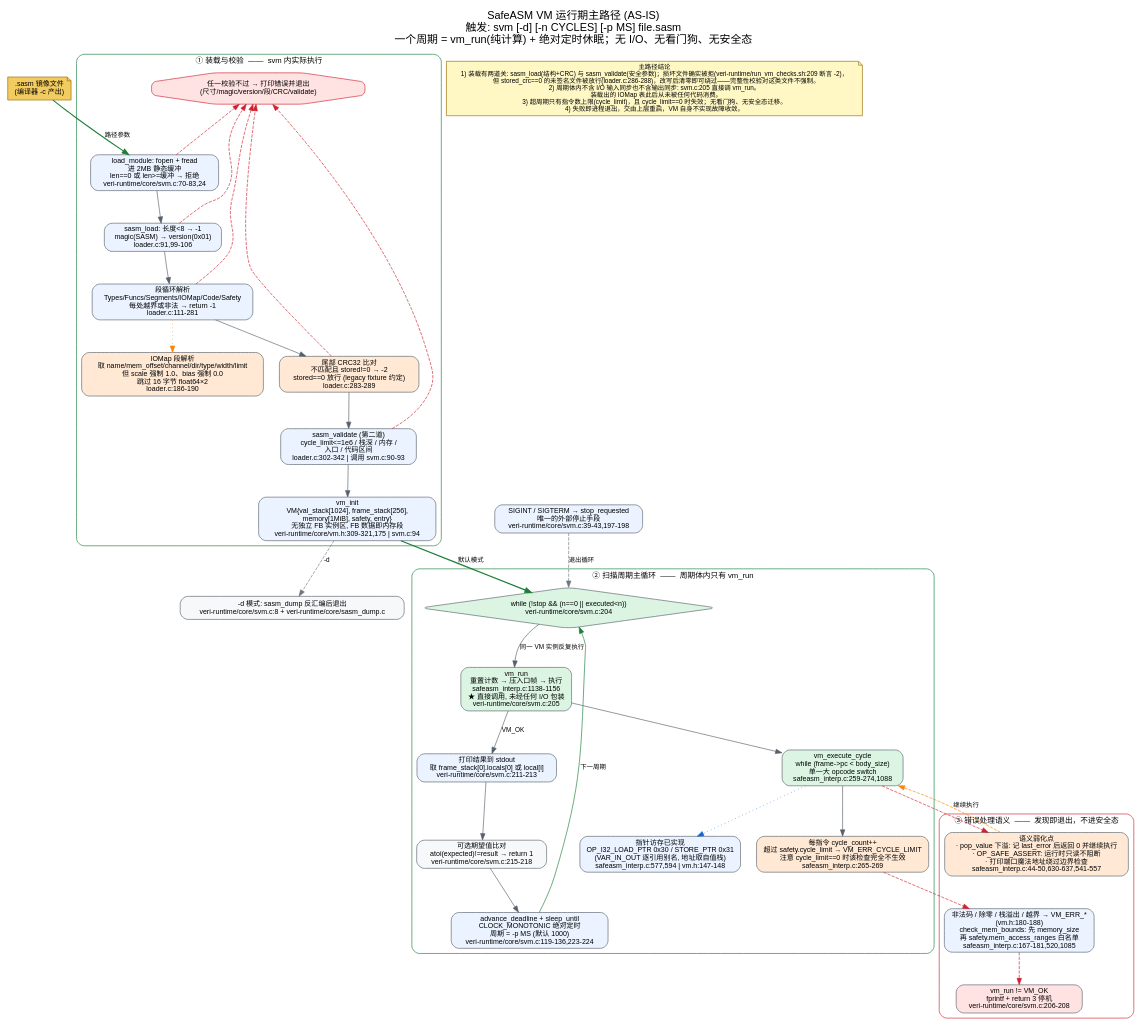
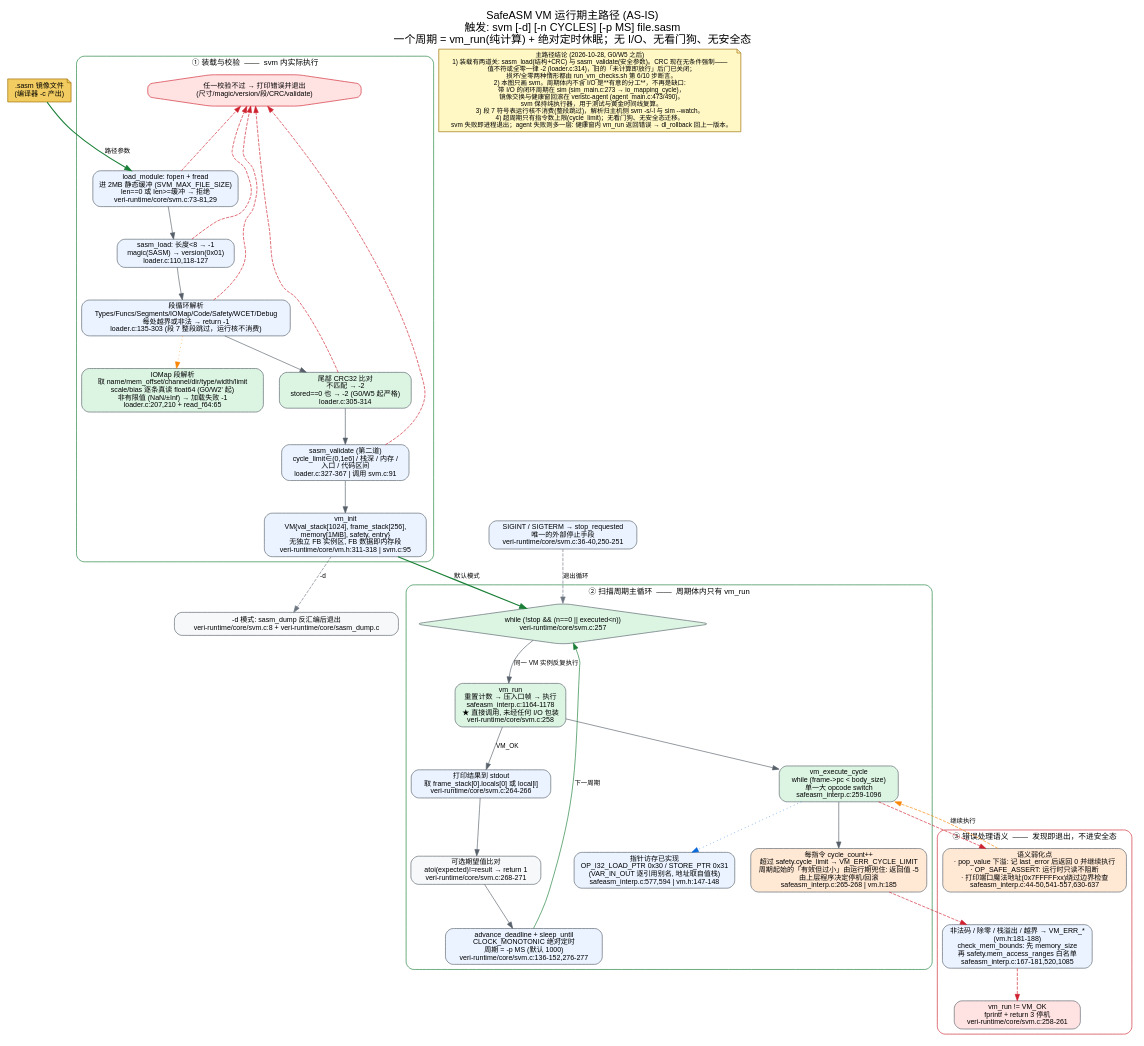
Before and after one commit to Bentusi/veristc: the diagram in docs/architecture/flow-vm-runtime.dot, drawn with Graphviz. The commit also changed 60 other files, not shown here.

```diff
--- a/docs/architecture/flow-vm-runtime.dot
+++ b/docs/architecture/flow-vm-runtime.dot
@@ -1,95 +1,97 @@
 // flow-vm-runtime.dot
 // VeriSTC SafeASM VM 运行期主路径数据流 (当前状态 / AS-IS) —— flow-visualizer + graphviz
 // 本图只回答一个问题: .sasm 进入 svm 后，一个扫描周期里真正执行了什么。
-// "已实现但没有接入运行路径"的能力(I/O 扫描、双机热备、增量下装、RT-Thread 移植)见 flow-vm-unwired.dot。
+// svm 是三个运行站程序之一(另两个: sim 走 I/O 闭环, veristc-agent 走下装切换)；
+// "已实现但没有接入运行路径"的能力(双机热备周期封装、增量补丁、RT-Thread 移植)见 flow-vm-unwired.dot。
 // 证据: veri-runtime/core/svm.c, veri-runtime/core/loader.c, veri-runtime/core/safeasm_interp.c, veri-runtime/core/vm.h
 // 读法: 全部实线 = svm 可执行文件里真正会执行的路径；红色虚线 = 拒绝/终止分支；橙色节点 = 语义弱化点。
 // 重新渲染: dot -Tsvg flow-vm-runtime.dot -o flow-vm-runtime.svg
+// 更新日期 2026-10-28 (Phase 6 G0 / W2'-W5 之后, 行号已重导)
 digraph "veristc_vm_runtime_main" {
     graph [
         rankdir=TB,
         label="SafeASM VM 运行期主路径 (AS-IS)\n触发: svm [-d] [-n CYCLES] [-p MS] file.sasm\n一个周期 = vm_run(纯计算) + 绝对定时休眠；无 I/O、无看门狗、无安全态",
         labelloc=t, fontsize=17, fontname="Helvetica",
         nodesep=0.35, ranksep=0.7, newrank=true, bgcolor="white"
     ];
     node [shape=box, style="rounded,filled", fontsize=11, fontname="Helvetica", fillcolor="#eaf3ff", color="#57606a"];
     edge [fontsize=10, fontname="Helvetica", color="#57606a"];
 
     sasm [shape=note, fillcolor="#f2cc60", color="#9a6b00", label=".sasm 镜像文件\n(编译器 -c 产出)"];
 
     // ================= 1. 装载与校验 =================
     subgraph cluster_load {
         label="① 装载与校验  ——  svm 内实际执行"; style="rounded"; color="#1a7f37"; fontsize=12;
 
-        fopen_fread [label="load_module: fopen + fread\n进 2MB 静态缓冲\nlen==0 或 len>=缓冲 → 拒绝\nveri-runtime/core/svm.c:70-83,24"];
-        magic_ver   [label="sasm_load: 长度<8 → -1\nmagic(SASM) → version(0x01)\nloader.c:91,99-106"];
-        sections    [label="段循环解析\nTypes/Funcs/Segments/IOMap/Code/Safety\n每处越界或非法 → return -1\nloader.c:111-281"];
-        iomap_note  [label="IOMap 段解析\n取 name/mem_offset/channel/dir/type/width/limit\n但 scale 强制 1.0、bias 强制 0.0\n跳过 16 字节 float64×2\nloader.c:186-190",
-                     fillcolor="#ffe9d5"];
-        crc_check   [label="尾部 CRC32 比对\n不匹配且 stored!=0 → -2\nstored==0 放行 (legacy fixture 约定)\nloader.c:283-289",
-                     fillcolor="#ffe9d5"];
-        validate    [label="sasm_validate (第二道)\ncycle_limit<=1e6 / 栈深 / 内存 /\n入口 / 代码区间\nloader.c:302-342 | 调用 svm.c:90-93"];
-        vm_init     [label="vm_init\nVM{val_stack[1024], frame_stack[256],\nmemory[1MiB], safety, entry}\n无独立 FB 实例区, FB 数据即内存段\nveri-runtime/core/vm.h:309-321,175 | svm.c:94"];
+        fopen_fread [label="load_module: fopen + fread\n进 2MB 静态缓冲 (SVM_MAX_FILE_SIZE)\nlen==0 或 len>=缓冲 → 拒绝\nveri-runtime/core/svm.c:73-81,29"];
+        magic_ver   [label="sasm_load: 长度<8 → -1\nmagic(SASM) → version(0x01)\nloader.c:110,118-127"];
+        sections    [label="段循环解析\nTypes/Funcs/Segments/IOMap/Code/Safety/WCET/Debug\n每处越界或非法 → return -1\nloader.c:135-303 (段 7 整段跳过，运行核不消费)"];
+        iomap_note  [label="IOMap 段解析\n取 name/mem_offset/channel/dir/type/width/limit\nscale/bias 逐条真读 float64 (G0/W2' 起)\n非有限值 (NaN/±Inf) → 加载失败 -1\nloader.c:207,210 + read_f64:65",
+                     fillcolor="#dcf5e3"];
+        crc_check   [label="尾部 CRC32 比对\n不匹配 → -2\nstored==0 也 → -2 (G0/W5 起严格)\nloader.c:305-314",
+                     fillcolor="#dcf5e3"];
+        validate    [label="sasm_validate (第二道)\ncycle_limit∈(0,1e6] / 栈深 / 内存 /\n入口 / 代码区间\nloader.c:327-367 | 调用 svm.c:91"];
+        vm_init     [label="vm_init\nVM{val_stack[1024], frame_stack[256],\nmemory[1MiB], safety, entry}\n无独立 FB 实例区, FB 数据即内存段\nveri-runtime/core/vm.h:311-318 | svm.c:95"];
         reject      [shape=octagon, fillcolor="#ffe2e2", color="#cf222e",
                      label="任一校验不过 → 打印错误并退出\n(尺寸/magic/version/段/CRC/validate)"];
 
         fopen_fread -> magic_ver -> sections -> crc_check -> validate -> vm_init;
         sections    -> iomap_note [style=dotted, color="#fb8500"];
         fopen_fread -> reject [style=dashed, color="#cf222e", constraint=false];
         magic_ver   -> reject [style=dashed, color="#cf222e", constraint=false];
         sections    -> reject [style=dashed, color="#cf222e", constraint=false];
         crc_check   -> reject [style=dashed, color="#cf222e", constraint=false];
         validate    -> reject [style=dashed, color="#cf222e", constraint=false];
     }
     sasm -> fopen_fread [label="路径参数", color="#1a7f37", penwidth=1.6];
 
     dump [label="-d 模式: sasm_dump 反汇编后退出\nveri-runtime/core/svm.c:8 + veri-runtime/core/sasm_dump.c", fillcolor="#f6f8fa"];
     vm_init -> dump [label="-d", style=dashed, color="#6e7781"];
 
     // ================= 2. 周期主循环 =================
     subgraph cluster_cycle {
         label="② 扫描周期主循环  ——  周期体内只有 vm_run"; style="rounded"; color="#1a7f37"; fontsize=12;
 
-        loop [shape=diamond, label="while (!stop && (n==0 || executed<n))\nveri-runtime/core/svm.c:204", fillcolor="#dcf5e3"];
-        vmrun [label="vm_run\n重置计数 → 压入口帧 → 执行\nsafeasm_interp.c:1138-1156\n★ 直接调用, 未经任何 I/O 包装\nveri-runtime/core/svm.c:205",
+        loop [shape=diamond, label="while (!stop && (n==0 || executed<n))\nveri-runtime/core/svm.c:257", fillcolor="#dcf5e3"];
+        vmrun [label="vm_run\n重置计数 → 压入口帧 → 执行\nsafeasm_interp.c:1164-1178\n★ 直接调用, 未经任何 I/O 包装\nveri-runtime/core/svm.c:258",
                fillcolor="#dcf5e3"];
-        exec_cycle [label="vm_execute_cycle\nwhile (frame->pc < body_size)\n单一大 opcode switch\nsafeasm_interp.c:259-274,1088",
+        exec_cycle [label="vm_execute_cycle\nwhile (frame->pc < body_size)\n单一大 opcode switch\nsafeasm_interp.c:259-1096",
                     fillcolor="#dcf5e3"];
-        cycle_limit [label="每指令 cycle_count++\n超过 safety.cycle_limit → VM_ERR_CYCLE_LIMIT\n注意 cycle_limit==0 时该检查完全不生效\nsafeasm_interp.c:265-269", fillcolor="#ffe9d5"];
+        cycle_limit [label="每指令 cycle_count++\n超过 safety.cycle_limit → VM_ERR_CYCLE_LIMIT\n周期起始的「有效但过小」由运行期兜住: 返回值 -5\n由上层程序决定停机/回滚\nsafeasm_interp.c:265-268 | vm.h:185", fillcolor="#ffe9d5"];
         ptr_ops [label="指针访存已实现\nOP_I32_LOAD_PTR 0x30 / STORE_PTR 0x31\n(VAR_IN_OUT 逐引用别名, 地址取自值栈)\nsafeasm_interp.c:577,594 | vm.h:147-148"];
-        print_res [label="打印结果到 stdout\n取 frame_stack[0].locals[0] 或 local[i]\nveri-runtime/core/svm.c:211-213"];
-        expected  [label="可选期望值比对\natoi(expected)!=result → return 1\nveri-runtime/core/svm.c:215-218", fillcolor="#f6f8fa"];
-        deadline  [label="advance_deadline + sleep_until\nCLOCK_MONOTONIC 绝对定时\n周期 = -p MS (默认 1000)\nveri-runtime/core/svm.c:119-136,223-224"];
+        print_res [label="打印结果到 stdout\n取 frame_stack[0].locals[0] 或 local[i]\nveri-runtime/core/svm.c:264-266"];
+        expected  [label="可选期望值比对\natoi(expected)!=result → return 1\nveri-runtime/core/svm.c:268-271", fillcolor="#f6f8fa"];
+        deadline  [label="advance_deadline + sleep_until\nCLOCK_MONOTONIC 绝对定时\n周期 = -p MS (默认 1000)\nveri-runtime/core/svm.c:136-152,276-277"];
 
         loop -> vmrun [label="同一 VM 实例反复执行"];
         vmrun -> exec_cycle;
         exec_cycle -> cycle_limit;
         exec_cycle -> ptr_ops [style=dotted, color="#0969da"];
         vmrun -> print_res [label="VM_OK"];
         print_res -> expected;
         expected -> deadline;
         deadline -> loop [label="下一周期", color="#1a7f37"];
     }
     vm_init -> loop [label="默认模式", color="#1a7f37", penwidth=1.8];
 
-    signal [label="SIGINT / SIGTERM → stop_requested\n唯一的外部停止手段\nveri-runtime/core/svm.c:39-43,197-198"];
+    signal [label="SIGINT / SIGTERM → stop_requested\n唯一的外部停止手段\nveri-runtime/core/svm.c:36-40,250-251"];
     signal -> loop [label="退出循环", style=dashed, color="#6e7781"];
 
     // ================= 3. 错误处理语义 =================
     subgraph cluster_err {
         label="③ 错误处理语义  ——  发现即退出，不进安全态"; style="rounded"; color="#cf222e"; fontsize=12;
-        err_codes [label="非法码 / 除零 / 栈溢出 / 越界 → VM_ERR_*\n(vm.h:180-188)\ncheck_mem_bounds: 先 memory_size\n再 safety.mem_access_ranges 白名单\nsafeasm_interp.c:167-181,520,1085"];
-        soft_err  [label="语义弱化点\n· pop_value 下溢: 记 last_error 后返回 0 并继续执行\n· OP_SAFE_ASSERT: 运行时只读不阻断\n· 打印端口魔法地址绕过边界检查\nsafeasm_interp.c:44-50,630-637,541-557",
+        err_codes [label="非法码 / 除零 / 栈溢出 / 越界 → VM_ERR_*\n(vm.h:181-188)\ncheck_mem_bounds: 先 memory_size\n再 safety.mem_access_ranges 白名单\nsafeasm_interp.c:167-181,520,1085"];
+        soft_err  [label="语义弱化点\n· pop_value 下溢: 记 last_error 后返回 0 并继续执行\n· OP_SAFE_ASSERT: 运行时只读不阻断\n· 打印端口魔法地址(0x7FFFFFxx)绕过边界检查\nsafeasm_interp.c:44-50,541-557,630-637",
                    fillcolor="#ffe9d5"];
-        stop_out  [label="vm_run != VM_OK\nfprintf + return 3 停机\nveri-runtime/core/svm.c:206-208", fillcolor="#ffe2e2"];
+        stop_out  [label="vm_run != VM_OK\nfprintf + return 3 停机\nveri-runtime/core/svm.c:258-261", fillcolor="#ffe2e2"];
     }
     cycle_limit -> err_codes [style=dashed, color="#cf222e"];
     exec_cycle  -> soft_err  [style=dashed, color="#cf222e"];
     err_codes   -> stop_out  [style=dashed, color="#cf222e"];
     soft_err    -> exec_cycle [label="继续执行", style=dashed, color="#fb8500"];
 
     // ================= 读图要点 =================
     note2 [shape=note, fillcolor="#fff8c5", color="#9a6b00", fontsize=10,
-           label="主路径结论\n1) 装载有两道关: sasm_load(结构+CRC) 与 sasm_validate(安全参数)；损坏文件确实被拒(veri-runtime/run_vm_checks.sh:209 断言 -2)，\n   但 stored_crc==0 的未签名文件被放行(loader.c:286-288)，改写后清零即可绕过——完整性校验对这类文件不强制。\n2) 周期体内不含 I/O 输入同步也不含输出同步: svm.c:205 直接调 vm_run。\n   装载出的 IOMap 表此后从未被任何代码消费。\n3) 超周期只有指令数上限(cycle_limit)，且 cycle_limit==0 时失效；无看门狗、无安全态迁移。\n4) 失败即进程退出，交由上层重启，VM 自身不实现故障收敛。"];
+           label="主路径结论 (2026-10-28, G0/W5 之后)\n1) 装载有两道关: sasm_load(结构+CRC) 与 sasm_validate(安全参数)。CRC 现在无条件强制——\n   值不符或全零一律 -2 (loader.c:314)，旧的「未计算即放行」后门已关闭；\n   损坏/全零两种情形都由 run_vm_checks.sh 第 6/10 步断言。\n2) 本图只画 svm。周期体内不含 I/O 是**有意的分工**，不再是缺口:\n   带 I/O 的闭环周期在 sim (sim_main.c:273 → io_mapping_cycle)，\n   镜像交换与健康窗回滚在 veristc-agent (agent_main.c:473/490)。\n   svm 保持纯执行器，用于测试与黄金时间线复算。\n3) 段 7 符号表运行核不消费(整段跳过)，解析归主机侧 svm -s/-l 与 sim --watch。\n4) 超周期只有指令数上限(cycle_limit)；无看门狗、无安全态迁移。\n   svm 失败即进程退出；agent 失败则多一层: 健康窗内 vm_run 返回错误 → dl_rollback 回上一版本。"];
     { rank=sink; note2; }
 }
```
